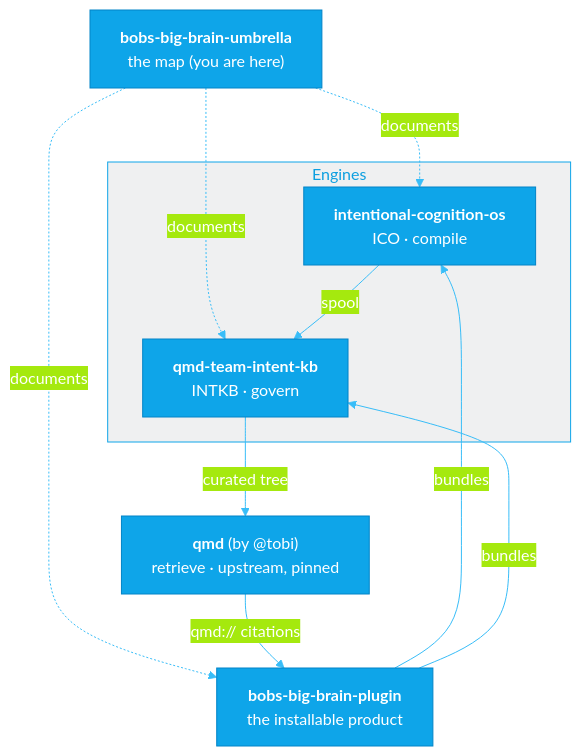
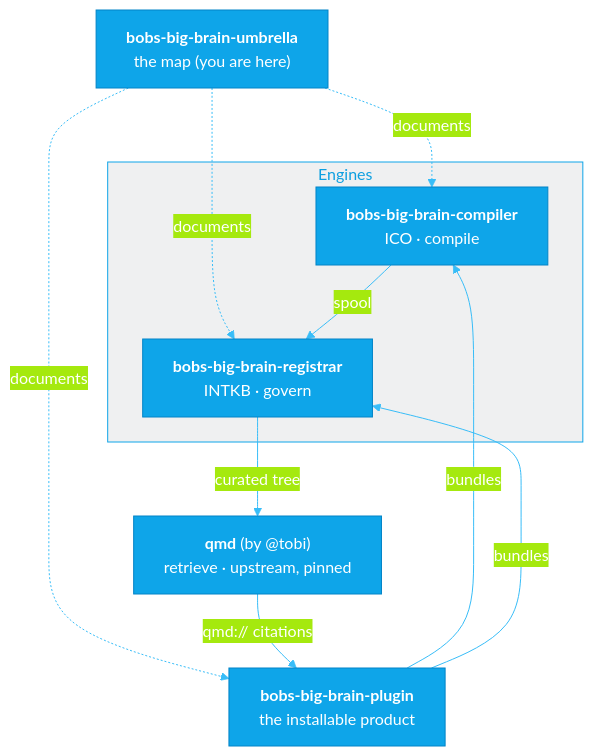
Before and after one commit to intent-solutions-io/governed-second-brain: the first of 3 diagrams in README.md, drawn with Mermaid. The commit also changed other lines of this file and 3 other files, not shown here.

````diff
--- a/README.md
+++ b/README.md
@@ -87,22 +87,22 @@
 ```mermaid
 %%{init: {'theme':'base','themeVariables':{
   'primaryColor':'#0ea5e9','primaryBorderColor':'#0284c7','primaryTextColor':'#ffffff',
   'lineColor':'#38bdf8','clusterBkg':'#0c192910','clusterBorder':'#0ea5e9'}}}%%
 flowchart TB
     UMB["<b>bobs-big-brain-umbrella</b><br/>the map (you are here)"]
     subgraph ENG["Engines"]
-        ICO["<b>intentional-cognition-os</b><br/>ICO · compile"]
-        INTKB["<b>qmd-team-intent-kb</b><br/>INTKB · govern"]
+        ICO["<b>bobs-big-brain-compiler</b><br/>ICO · compile"]
+        INTKB["<b>bobs-big-brain-registrar</b><br/>INTKB · govern"]
     end
     QMD["<b>qmd</b> (by @tobi)<br/>retrieve · upstream, pinned"]
     PLUG["<b>bobs-big-brain-plugin</b><br/>the installable product"]
 
     UMB -. documents .-> ICO
     UMB -. documents .-> INTKB
     UMB -. documents .-> PLUG
     PLUG -->|bundles| ICO
     PLUG -->|bundles| INTKB
     ICO -->|spool| INTKB
     INTKB -->|curated tree| QMD
     QMD -->|qmd:// citations| PLUG
 ```
````
